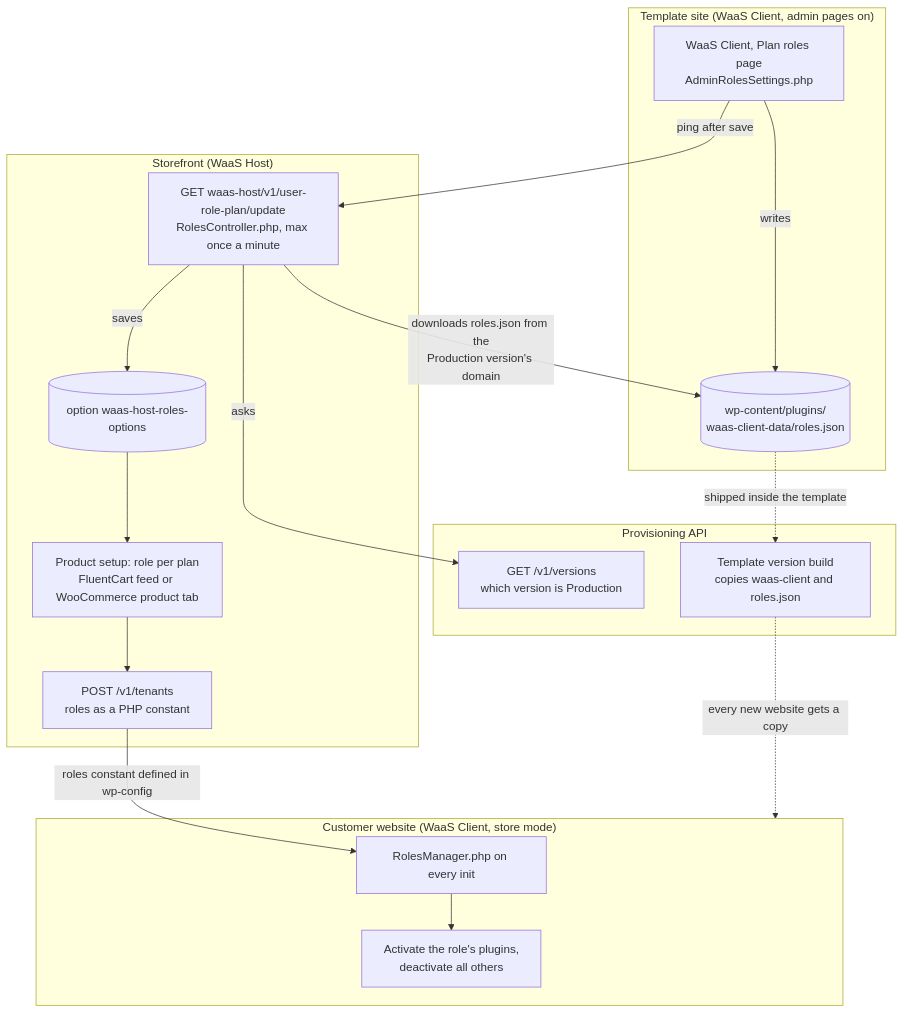
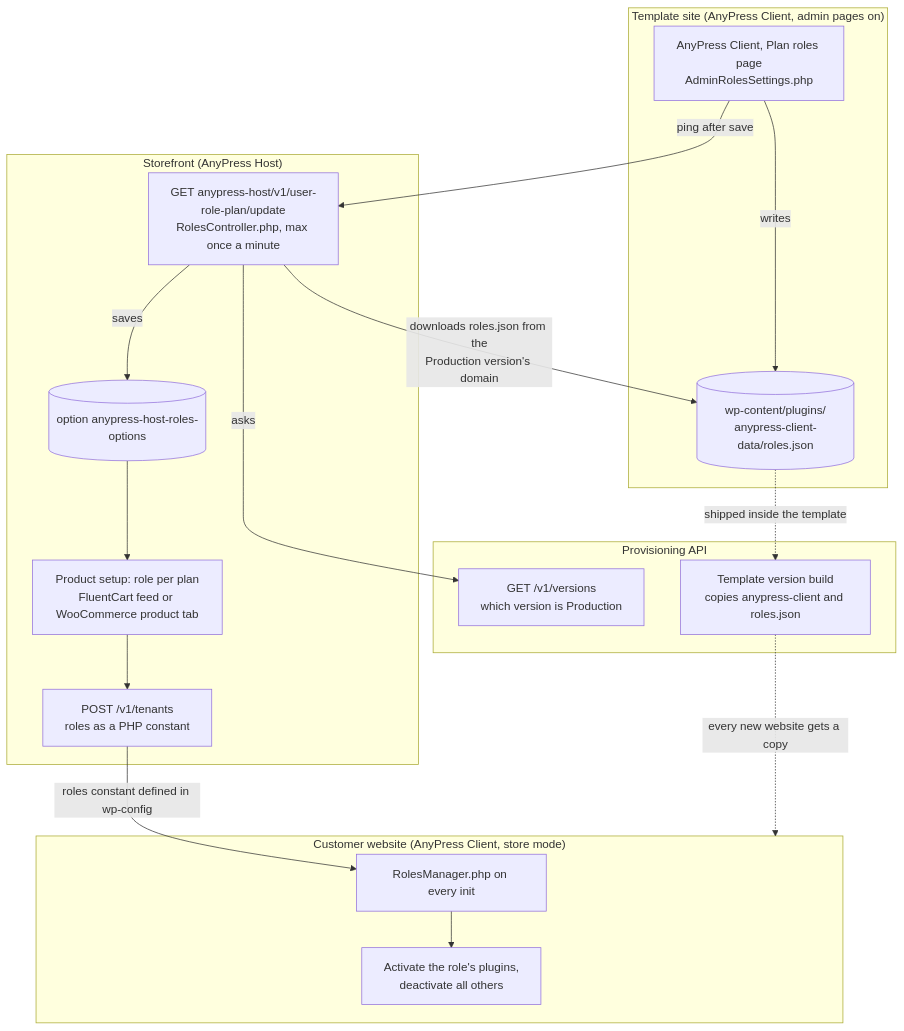
The fourth of 5 diagrams in docs/architecture/README.md (hamchowderr/waas-plugins), drawn with Mermaid before and after one commit. The commit also changed other lines of this file and 645 other files, not shown here.

First line of the commit message:
Rename the plugins to AnyPress Host, Client and Payments everywhere (waas-api-x4a) (#131)

````diff
--- a/docs/architecture/README.md
+++ b/docs/architecture/README.md
@@ -146,34 +146,34 @@
 ```mermaid
 flowchart TB
-  subgraph TPLSITE["Template site (WaaS Client, admin pages on)"]
-    ADMIN["WaaS Client, Plan roles page<br/>AdminRolesSettings.php"]
-    FILE[("wp-content/plugins/<br/>waas-client-data/roles.json")]
+  subgraph TPLSITE["Template site (AnyPress Client, admin pages on)"]
+    ADMIN["AnyPress Client, Plan roles page<br/>AdminRolesSettings.php"]
+    FILE[("wp-content/plugins/<br/>anypress-client-data/roles.json")]
     ADMIN -->|"writes"| FILE
   end
 
-  subgraph SFSITE["Storefront (WaaS Host)"]
-    RC["GET waas-host/v1/user-role-plan/update<br/>RolesController.php, max once a minute"]
-    OPT[("option waas-host-roles-options")]
+  subgraph SFSITE["Storefront (AnyPress Host)"]
+    RC["GET anypress-host/v1/user-role-plan/update<br/>RolesController.php, max once a minute"]
+    OPT[("option anypress-host-roles-options")]
     FEED["Product setup: role per plan<br/>FluentCart feed or WooCommerce product tab"]
     CREATE["POST /v1/tenants<br/>roles as a PHP constant"]
     RC -->|"saves"| OPT --> FEED --> CREATE
   end
 
   subgraph APISIDE["Provisioning API"]
     VERS["GET /v1/versions<br/>which version is Production"]
-    BUILD["Template version build<br/>copies waas-client and roles.json"]
+    BUILD["Template version build<br/>copies anypress-client and roles.json"]
   end
 
-  subgraph SITE["Customer website (WaaS Client, store mode)"]
+  subgraph SITE["Customer website (AnyPress Client, store mode)"]
     RM["RolesManager.php on every init"]
     PLUG["Activate the role's plugins,<br/>deactivate all others"]
     RM --> PLUG
   end
 
   ADMIN -->|"ping after save"| RC
   RC -->|"asks"| VERS
   RC -->|"downloads roles.json from the<br/>Production version's domain"| FILE
   FILE -.->|"shipped inside the template"| BUILD
   BUILD -.->|"every new website gets a copy"| SITE
   CREATE -->|"roles constant defined in wp-config"| RM
 ```
````
